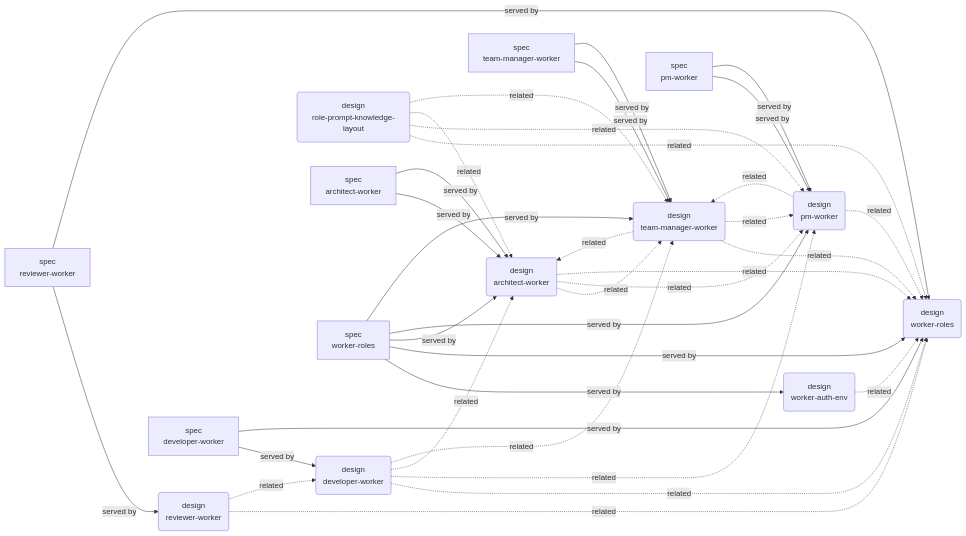
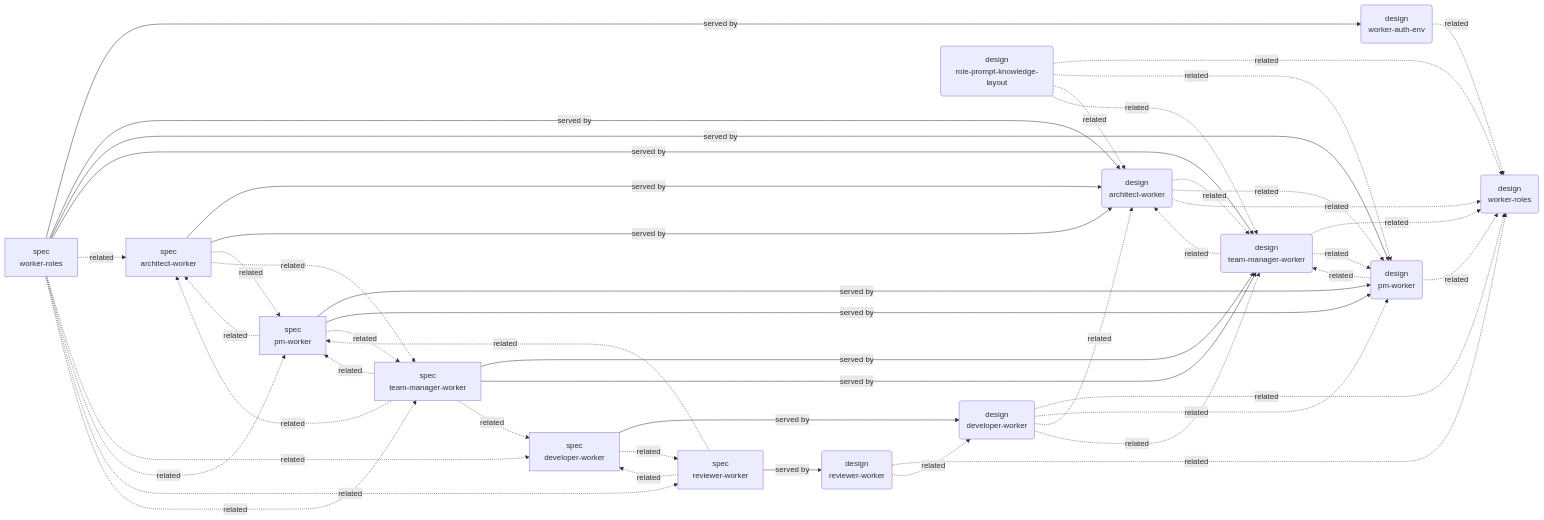
One commit to coder-devx/coder-system changed the second of 6 diagrams in system/GRAPH.md. Above: the diagram before and after it, drawn with Mermaid. The commit also changed other lines of this file and 26 other files, not shown here.

````diff
--- a/system/GRAPH.md
+++ b/system/GRAPH.md
@@ -106,51 +118,63 @@
 ```mermaid
 flowchart LR
   n000("design<br/>architect-worker")
   n001("design<br/>developer-worker")
   n002("design<br/>pm-worker")
   n003("design<br/>reviewer-worker")
   n004("design<br/>role-prompt-knowledge-layout")
   n005("design<br/>team-manager-worker")
   n006("design<br/>worker-auth-env")
   n007("design<br/>worker-roles")
   n008["spec<br/>architect-worker"]
   n009["spec<br/>developer-worker"]
   n010["spec<br/>pm-worker"]
   n011["spec<br/>reviewer-worker"]
   n012["spec<br/>team-manager-worker"]
   n013["spec<br/>worker-roles"]
   n008 -->|served by| n000
   n000 -.->|related| n005
   n000 -.->|related| n002
   n000 -.->|related| n007
   n009 -->|served by| n001
   n001 -.->|related| n007
   n001 -.->|related| n002
   n001 -.->|related| n000
   n001 -.->|related| n005
   n010 -->|served by| n002
   n002 -.->|related| n005
   n002 -.->|related| n007
   n011 -->|served by| n003
   n003 -.->|related| n007
   n003 -.->|related| n001
   n004 -.->|related| n007
   n004 -.->|related| n002
   n004 -.->|related| n000
   n004 -.->|related| n005
   n012 -->|served by| n005
   n005 -.->|related| n007
   n005 -.->|related| n000
   n005 -.->|related| n002
   n013 -->|served by| n006
   n006 -.->|related| n007
   n008 -->|served by| n000
-  n009 -->|served by| n007
+  n008 -.->|related| n010
+  n008 -.->|related| n012
+  n009 -.->|related| n011
   n010 -->|served by| n002
-  n011 -->|served by| n007
+  n010 -.->|related| n008
+  n010 -.->|related| n012
+  n011 -.->|related| n009
+  n011 -.->|related| n010
   n012 -->|served by| n005
-  n013 -->|served by| n007
+  n012 -.->|related| n008
+  n012 -.->|related| n009
+  n012 -.->|related| n010
   n013 -->|served by| n000
   n013 -->|served by| n002
   n013 -->|served by| n005
+  n013 -.->|related| n008
+  n013 -.->|related| n009
+  n013 -.->|related| n010
+  n013 -.->|related| n011
+  n013 -.->|related| n012
 ```
````
